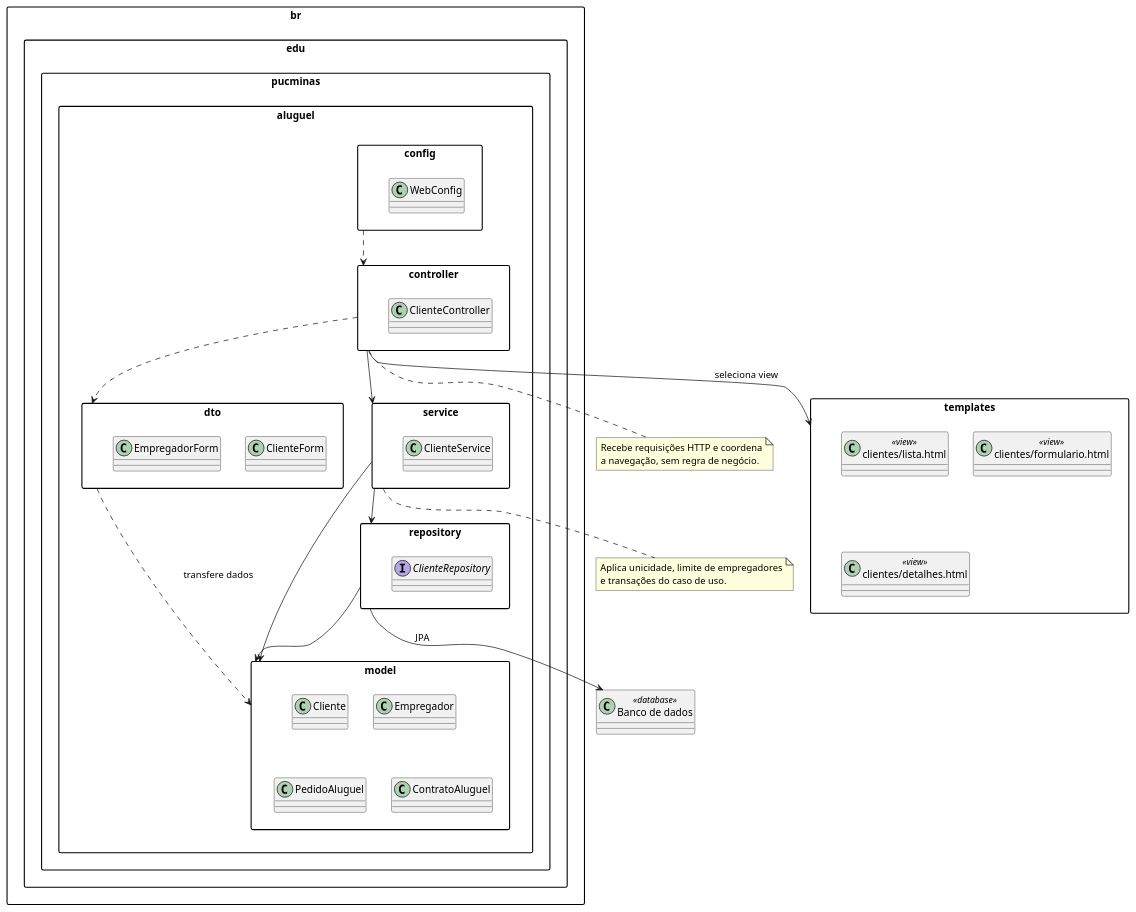
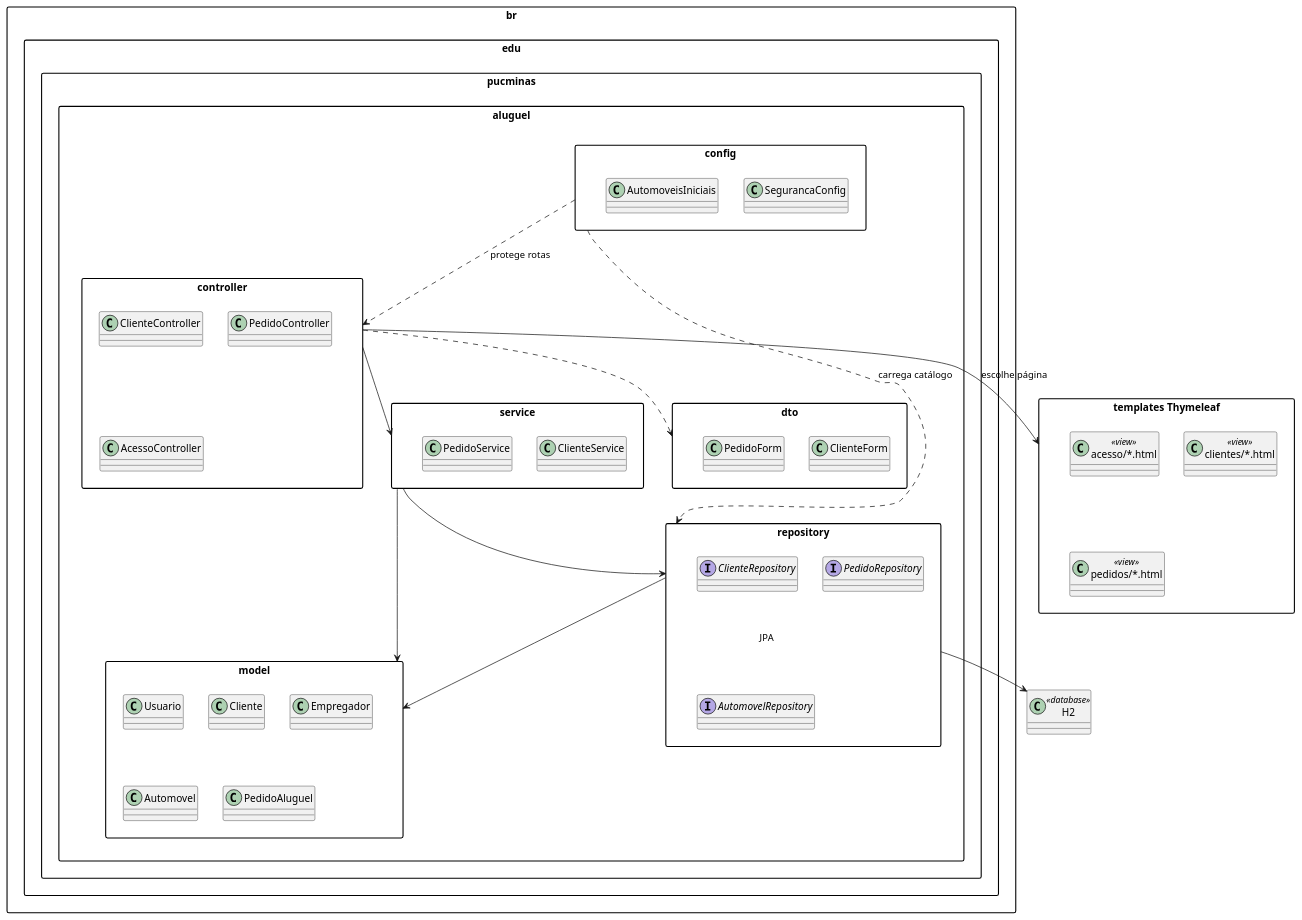
Before and after one commit to lucasnmc12/lab02-aluguel-carros: the diagram in docs/diagramas/diagrama-de-pacotes.puml, drawn with PlantUML. The commit also changed 17 other files, not shown here.

Commit message:
docs: revisa UML e adiciona diagrama de implantacao

```diff
--- a/docs/diagramas/diagrama-de-pacotes.puml
+++ b/docs/diagramas/diagrama-de-pacotes.puml
@@ -1,56 +1,53 @@
 @startuml diagrama_pacotes_aluguel
 skinparam shadowing false
 skinparam packageStyle rectangle
 
 package "br.edu.pucminas.aluguel" {
-  package "controller" as controller {
+  package controller {
     class ClienteController
+    class PedidoController
+    class AcessoController
   }
-  package "service" as service {
+  package service {
     class ClienteService
+    class PedidoService
   }
-  package "repository" as repository {
+  package repository {
     interface ClienteRepository
+    interface PedidoRepository
+    interface AutomovelRepository
   }
-  package "model" as model {
+  package model {
+    class Usuario
     class Cliente
     class Empregador
+    class Automovel
     class PedidoAluguel
-    class ContratoAluguel
   }
-  package "dto" as dto {
+  package dto {
     class ClienteForm
-    class EmpregadorForm
+    class PedidoForm
   }
-  package "config" as config {
-    class WebConfig
+  package config {
+    class SegurancaConfig
+    class AutomoveisIniciais
   }
 }
 
-package "templates" as templates {
-  class "clientes/lista.html" as lista <<view>>
-  class "clientes/formulario.html" as formulario <<view>>
-  class "clientes/detalhes.html" as detalhes <<view>>
+package "templates Thymeleaf" as templates {
+  class "acesso/*.html" as acesso <<view>>
+  class "clientes/*.html" as clientes <<view>>
+  class "pedidos/*.html" as pedidos <<view>>
 }
-
-class "Banco de dados" as db <<database>>
+class "H2" as banco <<database>>
 
 controller ..> dto
 controller --> service
-controller --> templates : seleciona view
+controller --> templates : escolhe página
 service --> repository
 service --> model
 repository --> model
-repository --> db : JPA
-dto ..> model : transfere dados
-config ..> controller
-
-note bottom of controller
-  Recebe requisições HTTP e coordena
-  a navegação, sem regra de negócio.
-end note
-note bottom of service
-  Aplica unicidade, limite de empregadores
-  e transações do caso de uso.
-end note
+repository --> banco : JPA
+config ..> controller : protege rotas
+config ..> repository : carrega catálogo
 @enduml
```
